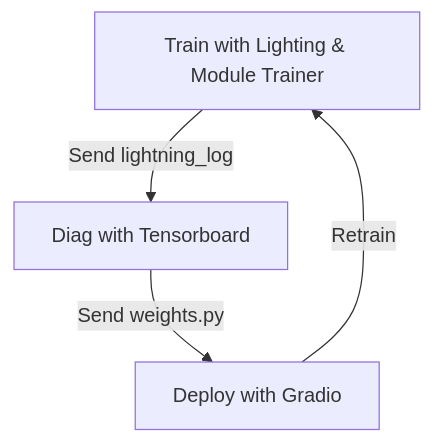
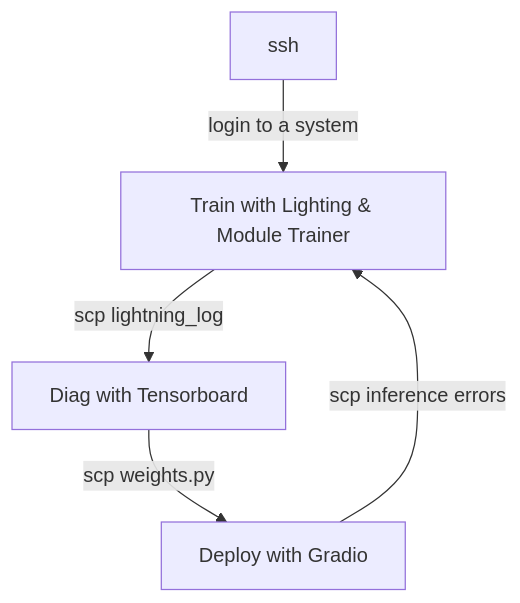
One commit to robert-s-lee/lai-train-eval changed the first of 3 diagrams in README.md. Above: the diagram before and after it, drawn with Mermaid. The commit also changed other lines of this file and 4 other files, not shown here.

Commit message:
explain how things work 	modified:   README.md 	new file:   static/deploy.png 	new file:   static/diag.png 	new file:   static/inference.png 	new file:   static/train.png

````diff
--- a/README.md
+++ b/README.md
@@ -38,6 +10,7 @@
 ```mermaid
 graph TD;
-  T[Train with Lighting & Module Trainer] -- Send lightning_log --> D[Diag with Tensorboard]; 
-  D -- Send weights.py --> G[Deploy with Gradio];
-  G -- Retrain --> T;
+  U[ssh] -- login to a system --> T[Train with Lighting & Module Trainer];
+  T -- scp lightning_log --> D[Diag with Tensorboard]; 
+  D -- scp weights.py --> G[Deploy with Gradio];
+  G -- scp inference errors --> T;
 ```
````
